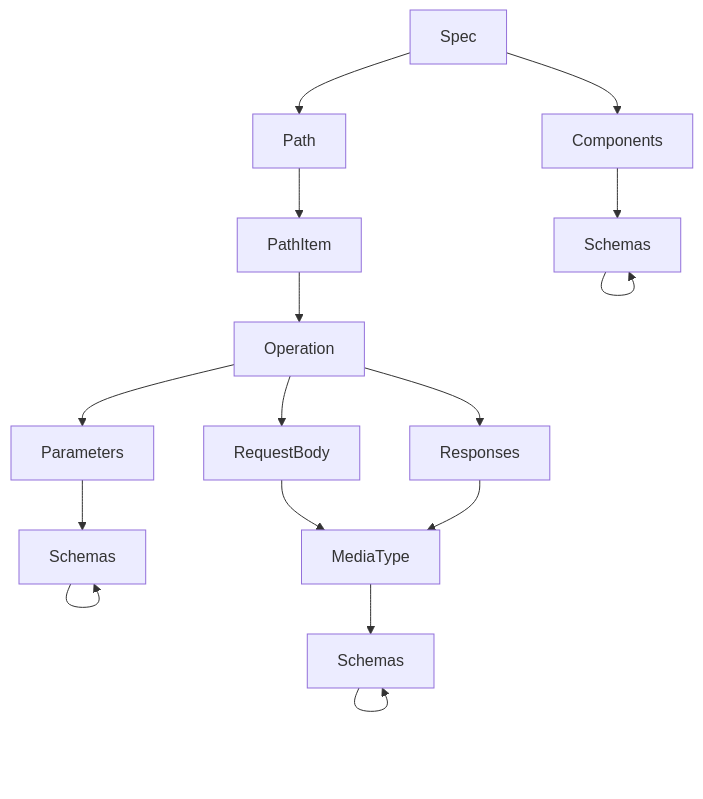
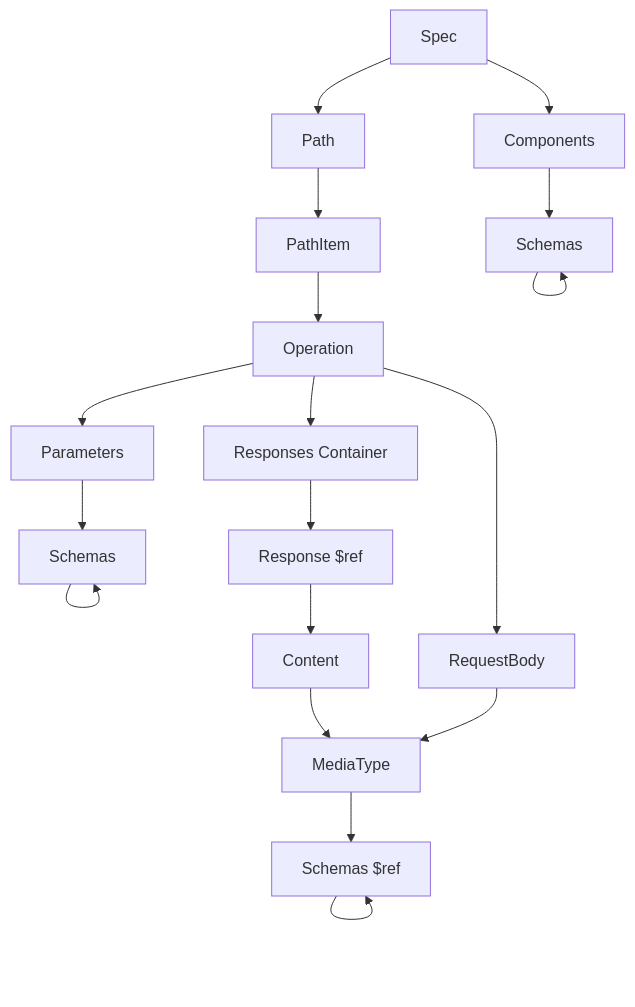
The second of 4 diagrams in design.md (SasSwart/can), drawn with Mermaid before and after one commit. The commit also changed 22 other files, not shown here.

````diff
--- a/design.md
+++ b/design.md
@@ -16,12 +16,13 @@
 ```mermaid
 graph TD
     Spec --> Path
     Spec --> Components
     Components --> S1[Schemas] --> S1
     Path --> PathItem --> Operation
     Operation --> Parameters --> S3[Schemas] --> S3
     Operation --> Responses
     Operation --> RequestBody
     RequestBody --> MediaType
-    Responses --> MediaType --> S2[Schemas] --> S2
+    Responses[Responses Container] -->  Response[Response $ref]
+    Response --> RC[Content] --> MediaType --> S2[Schemas $ref] --> S2
 ```
````
